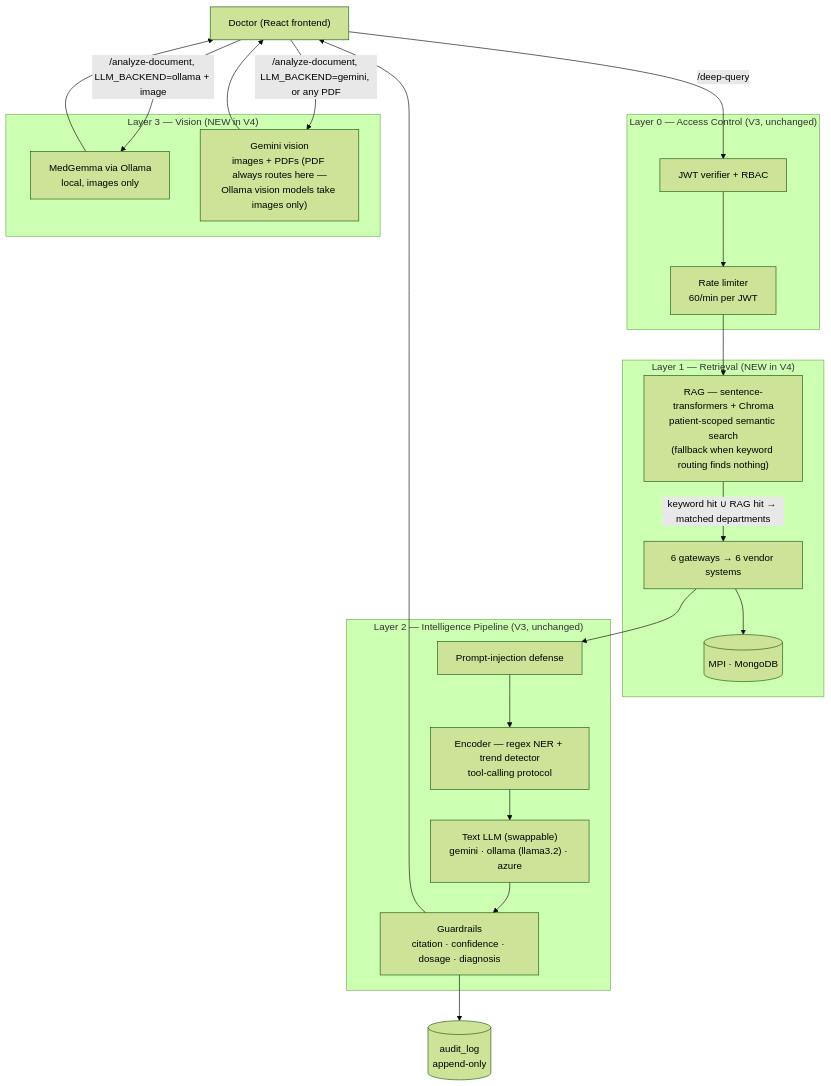
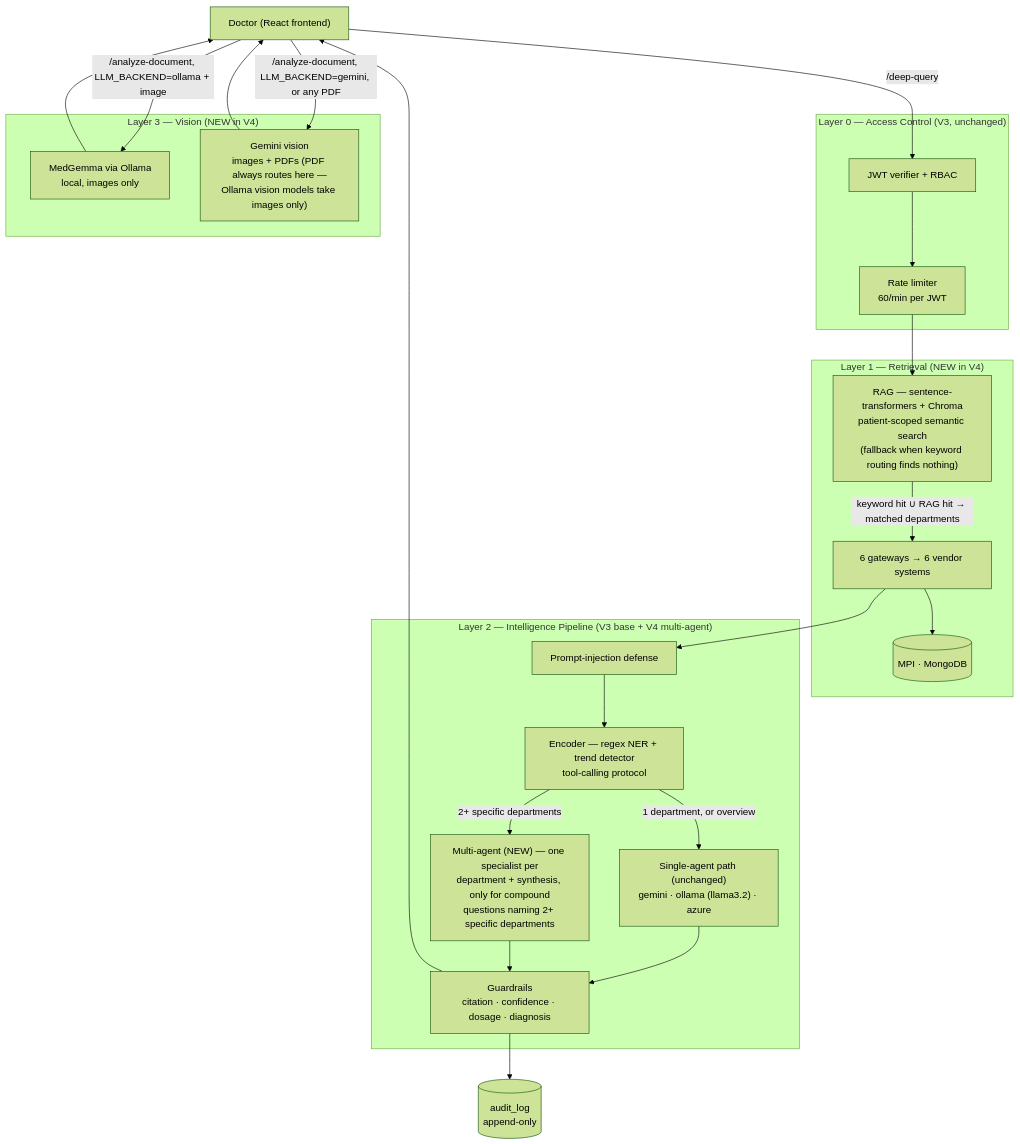
The diagram in V4_PROGRESS.md (Madhan120-prog/integrated-patient-system), drawn with Mermaid (forest theme) before and after one commit. The commit also changed other lines of this file and 5 other files, not shown here.

First line of the commit message:
V4: hand-rolled multi-agent orchestration + two live-testing bug fixes

````diff
--- a/V4_PROGRESS.md
+++ b/V4_PROGRESS.md
@@ -50,38 +52,42 @@
 ```mermaid
 graph TB
     DOC["Doctor (React frontend)"]
 
     subgraph "Layer 0 — Access Control (V3, unchanged)"
         AUTH["JWT verifier + RBAC"]
         RATE["Rate limiter\n60/min per JWT"]
     end
 
     subgraph "Layer 1 — Retrieval (NEW in V4)"
         RAG["RAG — sentence-transformers + Chroma\npatient-scoped semantic search\n(fallback when keyword routing finds nothing)"]
         MPI[("MPI · MongoDB")]
         GW["6 gateways → 6 vendor systems"]
     end
 
-    subgraph "Layer 2 — Intelligence Pipeline (V3, unchanged)"
+    subgraph "Layer 2 — Intelligence Pipeline (V3 base + V4 multi-agent)"
         WRAP["Prompt-injection defense"]
         ENC["Encoder — regex NER + trend detector\ntool-calling protocol"]
-        LLM["Text LLM (swappable)\ngemini · ollama (llama3.2) · azure"]
+        LLM["Single-agent path (unchanged)\ngemini · ollama (llama3.2) · azure"]
+        MULTI["Multi-agent (NEW) — one specialist per\ndepartment + synthesis, only for compound\nquestions naming 2+ specific departments"]
         GRD["Guardrails\ncitation · confidence · dosage · diagnosis"]
     end
 
     subgraph "Layer 3 — Vision (NEW in V4)"
         MED["MedGemma via Ollama\nlocal, images only"]
         GEMV["Gemini vision\nimages + PDFs (PDF always routes here —\nOllama vision models take images only)"]
     end
 
     AUDT[("audit_log\nappend-only")]
 
     DOC -->|"/deep-query"| AUTH --> RATE --> RAG
     RAG -->|"keyword hit ∪ RAG hit → matched departments"| GW
     GW --> MPI
-    GW --> WRAP --> ENC --> LLM --> GRD --> DOC
+    GW --> WRAP --> ENC
+    ENC -->|"1 department, or overview"| LLM --> GRD
+    ENC -->|"2+ specific departments"| MULTI --> GRD
+    GRD --> DOC
     GRD --> AUDT
 
     DOC -->|"/analyze-document, LLM_BACKEND=ollama + image"| MED --> DOC
     DOC -->|"/analyze-document, LLM_BACKEND=gemini, or any PDF"| GEMV --> DOC
 ```
````
